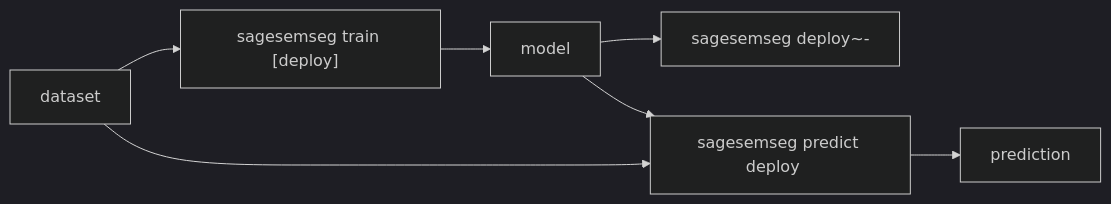
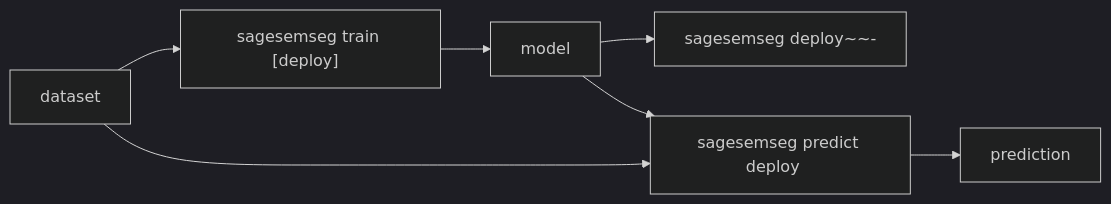
The diagram in blue_sandbox/sagesemseg/template.md (kamangir/blue-sandbox), drawn with Mermaid (dark theme) before and after one commit. The commit also changed 8 other files, not shown here.

````diff
--- a/blue_sandbox/sagesemseg/template.md
+++ b/blue_sandbox/sagesemseg/template.md
@@ -5,19 +5,19 @@
 ```mermaid
 graph LR
     train["sagesemseg train [deploy] <dataset-object-name> <model-object-name>"]
-    deploy["sagesemseg deploy~- <model-object-name>"]
+    deploy["sagesemseg deploy~~- <model-object-name>"]
     predict["sagesemseg predict deploy <model-object-name> <dataset-object-name> <prediction-object-name>"]
 
     dataset["dataset"]:::folder
     model["model"]:::folder
     prediction["prediction"]:::folder
 
     dataset --> train
     train --> model
 
     model --> deploy
 
     model --> predict
     dataset --> predict
     predict --> prediction
 ```
````
